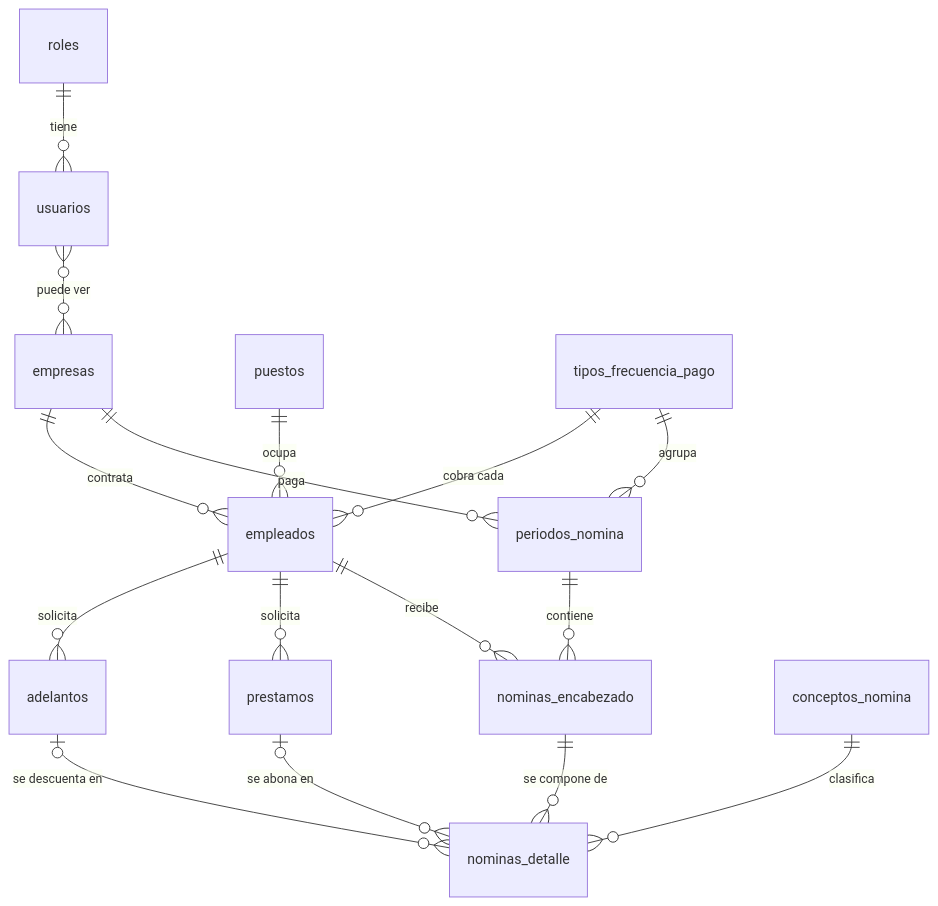
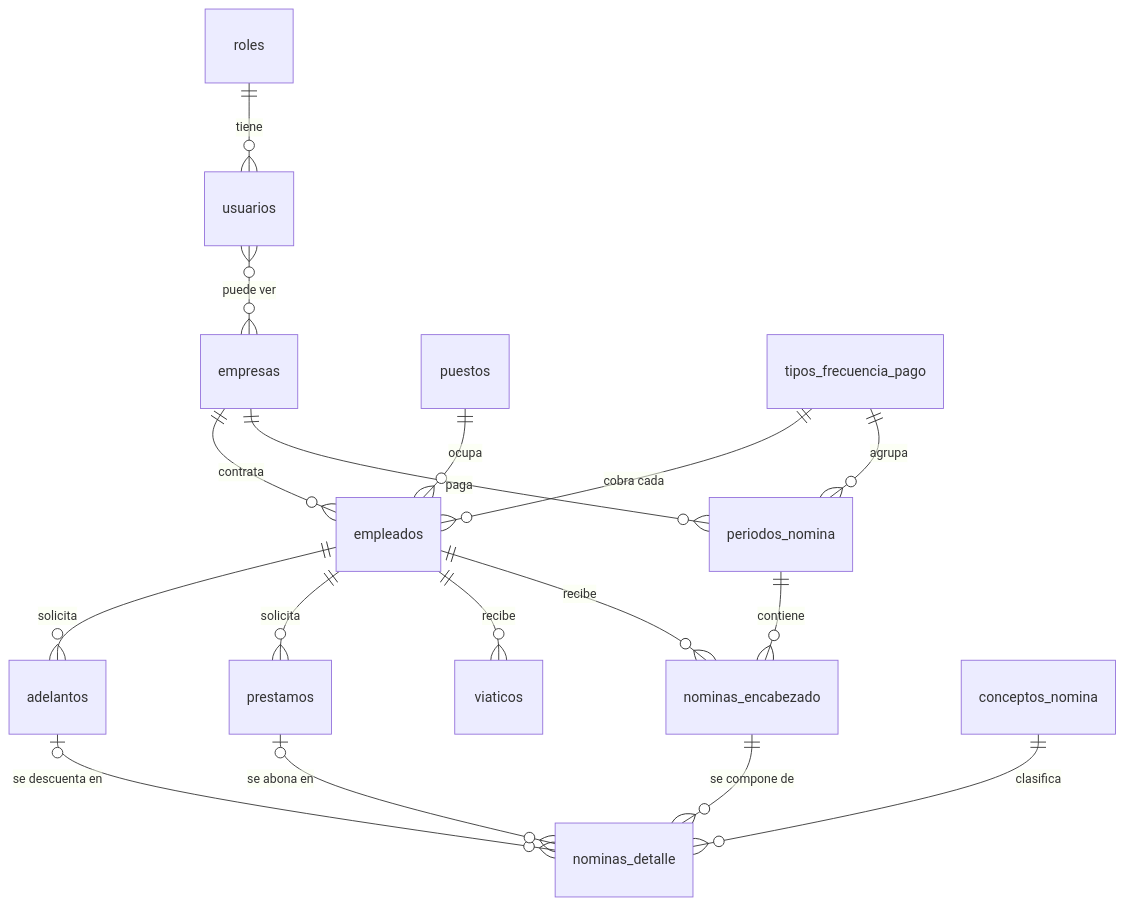
The diagram in README.md (Fernandavasquez/sistema-nomina), drawn with Mermaid before and after one commit. The commit also changed other lines of this file and 31 other files, not shown here.

````diff
--- a/README.md
+++ b/README.md
@@ -110,18 +110,19 @@
 ```mermaid
 erDiagram
     roles ||--o{ usuarios : tiene
     usuarios }o--o{ empresas : "puede ver"
     empresas ||--o{ empleados : contrata
     empresas ||--o{ periodos_nomina : paga
     puestos ||--o{ empleados : ocupa
     tipos_frecuencia_pago ||--o{ empleados : "cobra cada"
     tipos_frecuencia_pago ||--o{ periodos_nomina : agrupa
     empleados ||--o{ adelantos : solicita
     empleados ||--o{ prestamos : solicita
+    empleados ||--o{ viaticos : recibe
     empleados ||--o{ nominas_encabezado : recibe
     periodos_nomina ||--o{ nominas_encabezado : contiene
     nominas_encabezado ||--o{ nominas_detalle : "se compone de"
     conceptos_nomina ||--o{ nominas_detalle : clasifica
     adelantos |o--o{ nominas_detalle : "se descuenta en"
     prestamos |o--o{ nominas_detalle : "se abona en"
 ```
````
